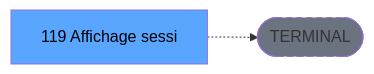
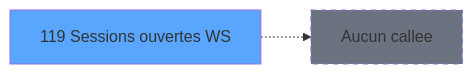
Before and after one commit to thonyAGP/magic-migration: the third of 3 diagrams in .openspec/specs/ADH-IDE-119.md, drawn with Mermaid. The commit also changed other lines of this file and 311 other files, not shown here.

````diff
--- a/.openspec/specs/ADH-IDE-119.md
+++ b/.openspec/specs/ADH-IDE-119.md
@@ -142,8 +163,8 @@
 ```mermaid
 graph LR
-    T[119 Affichage sessi]
-    TERM([TERMINAL])
-    T -.-> TERM
-    style TERM fill:#6b7280,stroke-dasharray: 5 5
-    style T fill:#58a6ff,color:#000
+    T119[119 Sessions ouvertes WS]
+    style T119 fill:#58a6ff
+    NONE[Aucun callee]
+    T119 -.-> NONE
+    style NONE fill:#6b7280,stroke-dasharray: 5 5
 ```
````
